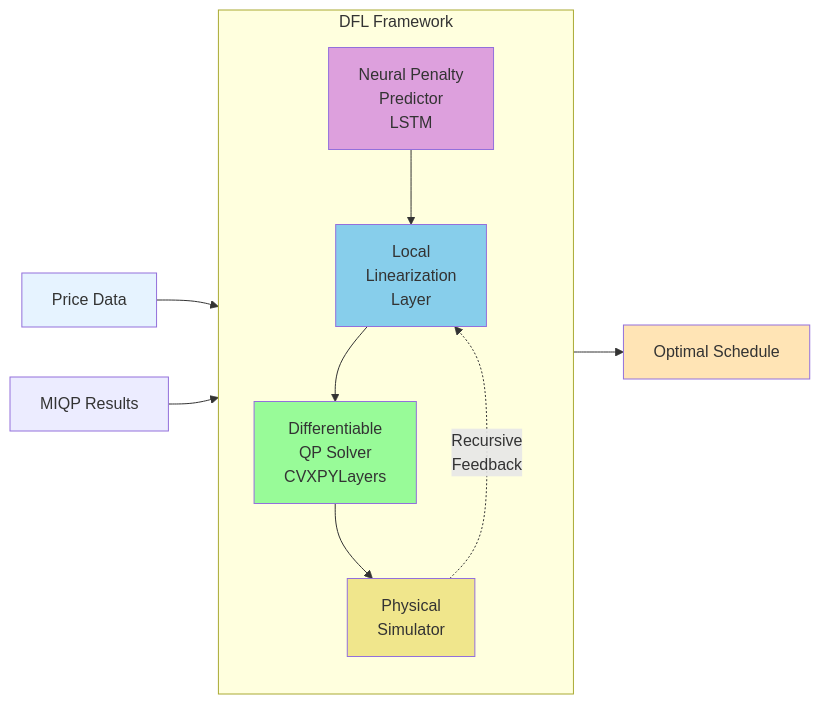
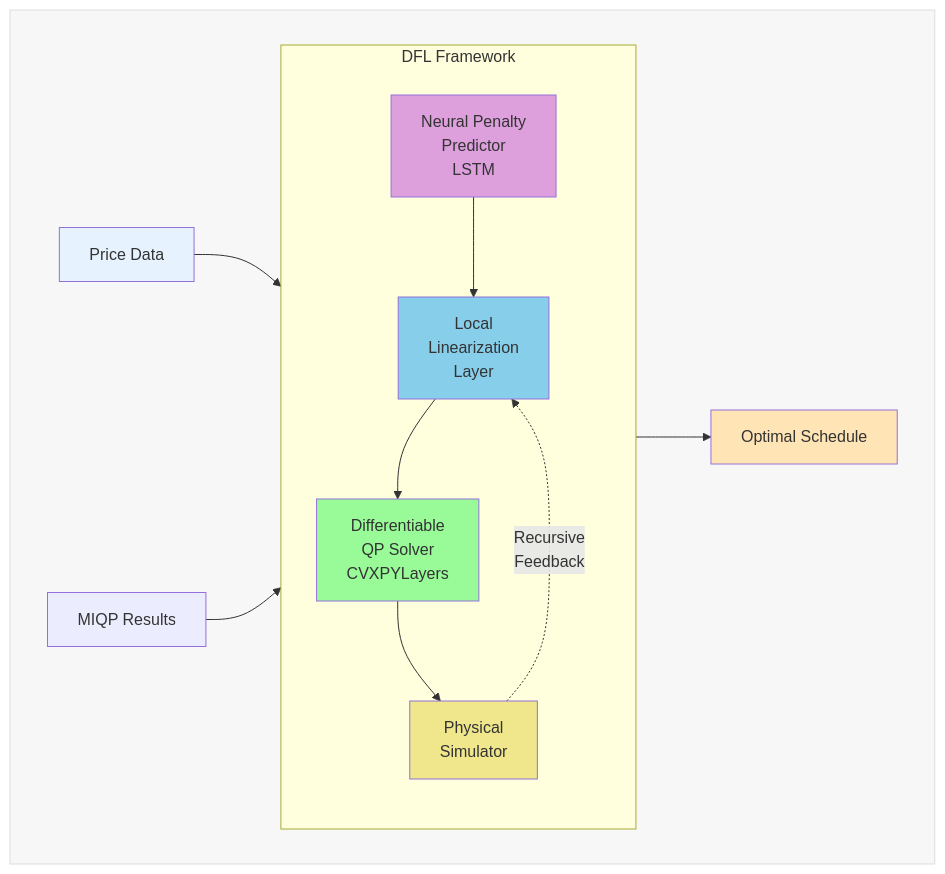
Before and after one commit to SOLARIS-JHU/DFL-UPHES: the second of 2 diagrams in docs/README_DIAGRAM_SECTION.md, drawn with Mermaid. The commit also changed other lines of this file, not shown here.

````diff
--- a/docs/README_DIAGRAM_SECTION.md
+++ b/docs/README_DIAGRAM_SECTION.md
@@ -102,21 +106,25 @@
 ```mermaid
 flowchart LR
-    subgraph DFL["DFL Framework"]
-        direction TB
-        A[Neural Penalty<br/>Predictor<br/>LSTM] --> B[Local<br/>Linearization<br/>Layer]
-        B --> C[Differentiable<br/>QP Solver<br/>CVXPYLayers]
-        C --> D[Physical<br/>Simulator]
-        D -.Recursive<br/>Feedback.-> B
+    subgraph Canvas2[" "]
+        direction LR
+        subgraph DFL["DFL Framework"]
+            direction TB
+            A[Neural Penalty<br/>Predictor<br/>LSTM] --> B[Local<br/>Linearization<br/>Layer]
+            B --> C[Differentiable<br/>QP Solver<br/>CVXPYLayers]
+            C --> D[Physical<br/>Simulator]
+            D -.Recursive<br/>Feedback.-> B
+        end
+
+        Input[Price Data] --> DFL
+        MIQP[MIQP Results] --> DFL
+        DFL --> Output[Optimal Schedule]
     end
 
-    Input[Price Data] --> DFL
-    MIQP[MIQP Results] --> DFL
-    DFL --> Output[Optimal Schedule]
-
+    style Canvas2 fill:#F7F7F7,stroke:#DDDDDD,stroke-width:1px
     style A fill:#DDA0DD
     style B fill:#87CEEB
     style C fill:#98FB98
     style D fill:#F0E68C
     style Input fill:#E6F3FF
     style Output fill:#FFE4B5
 ```
````
